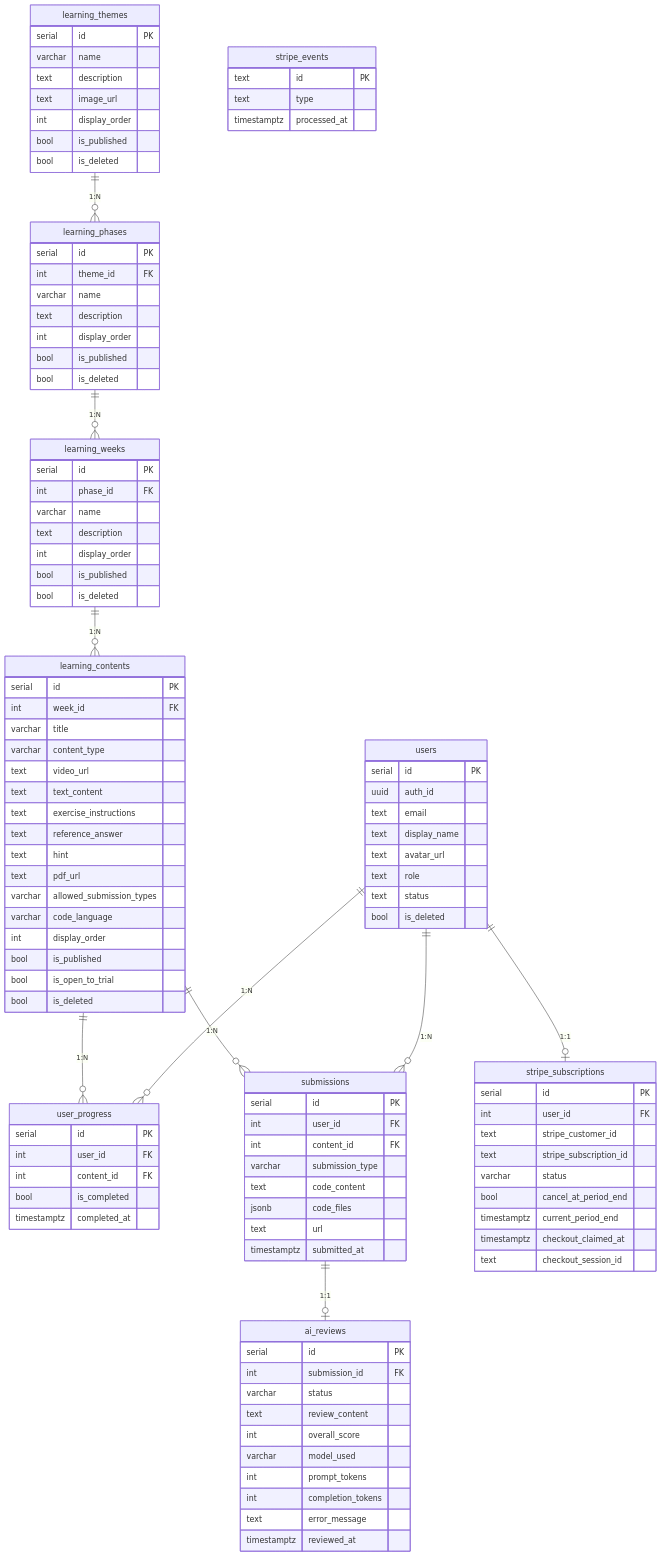
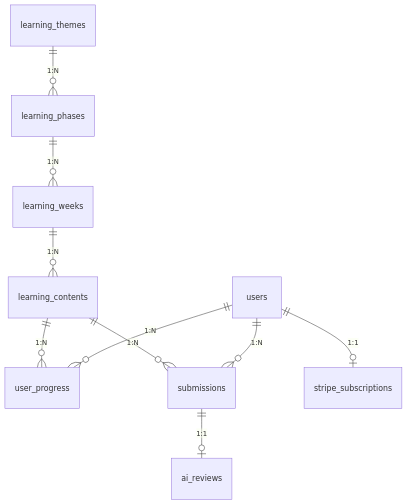
One commit to Singuralitylabs/sinlab-study changed the diagram in docs/database.md. Above: the diagram before and after it, drawn with Mermaid. The commit also changed other lines of this file and 3 other files, not shown here.

````diff
--- a/docs/database.md
+++ b/docs/database.md
@@ -36,105 +34,4 @@
     users ||--o{ submissions : "1:N"
     submissions ||--o| ai_reviews : "1:1"
     users ||--o| stripe_subscriptions : "1:1"
-
-    learning_themes {
-        serial id PK
-        varchar name
-        text description
-        text image_url
-        int display_order
-        bool is_published
-        bool is_deleted
-    }
-    learning_phases {
-        serial id PK
-        int theme_id FK
-        varchar name
-        text description
-        int display_order
-        bool is_published
-        bool is_deleted
-    }
-    learning_weeks {
-        serial id PK
-        int phase_id FK
-        varchar name
-        text description
-        int display_order
-        bool is_published
-        bool is_deleted
-    }
-    learning_contents {
-        serial id PK
-        int week_id FK
-        varchar title
-        varchar content_type
-        text video_url
-        text text_content
-        text exercise_instructions
-        text reference_answer
-        text hint
-        text pdf_url
-        varchar allowed_submission_types
-        varchar code_language
-        int display_order
-        bool is_published
-        bool is_open_to_trial
-        bool is_deleted
-    }
-    users {
-        serial id PK
-        uuid auth_id
-        text email
-        text display_name
-        text avatar_url
-        text role
-        text status
-        bool is_deleted
-    }
-    user_progress {
-        serial id PK
-        int user_id FK
-        int content_id FK
-        bool is_completed
-        timestamptz completed_at
-    }
-    submissions {
-        serial id PK
-        int user_id FK
-        int content_id FK
-        varchar submission_type
-        text code_content
-        jsonb code_files
-        text url
-        timestamptz submitted_at
-    }
-    ai_reviews {
-        serial id PK
-        int submission_id FK
-        varchar status
-        text review_content
-        int overall_score
-        varchar model_used
-        int prompt_tokens
-        int completion_tokens
-        text error_message
-        timestamptz reviewed_at
-    }
-    stripe_subscriptions {
-        serial id PK
-        int user_id FK
-        text stripe_customer_id
-        text stripe_subscription_id
-        varchar status
-        bool cancel_at_period_end
-        timestamptz current_period_end
-        timestamptz checkout_claimed_at
-        text checkout_session_id
-    }
-    stripe_events {
-        text id PK
-        text type
-        timestamptz processed_at
-    }
 ```
````
